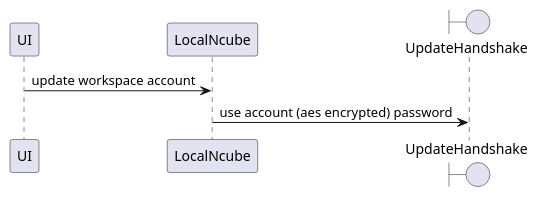
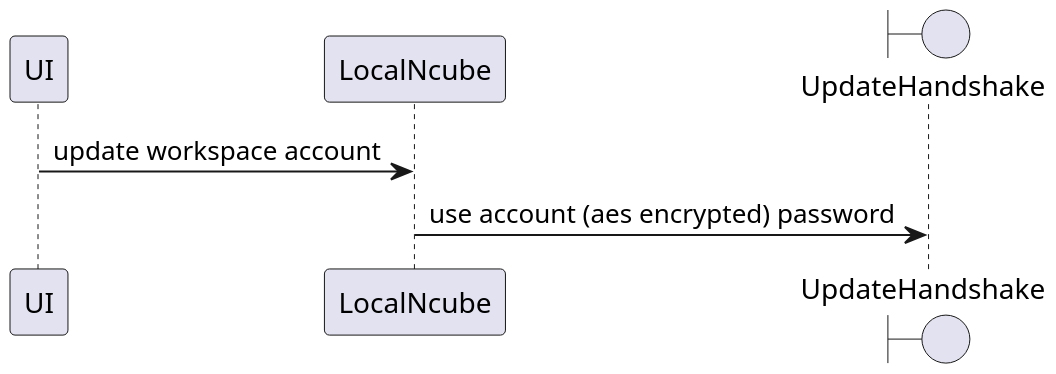
The sixth of 7 diagrams in doc/auth-workflow.org (critocrito/ncube), drawn with PlantUML before and after one commit. The commit also changed other lines of this file and 24 other files, not shown here.

```diff
--- a/doc/auth-workflow.org
+++ b/doc/auth-workflow.org
@@ -154,5 +156,6 @@
 #+begin_src plantuml :file diagrams/auth-update.png
+  scale 2
   UI -> LocalNcube: update workspace account
   boundary UpdateHandshake
   LocalNcube -> UpdateHandshake: use account (aes encrypted) password
 #+end_src
```
